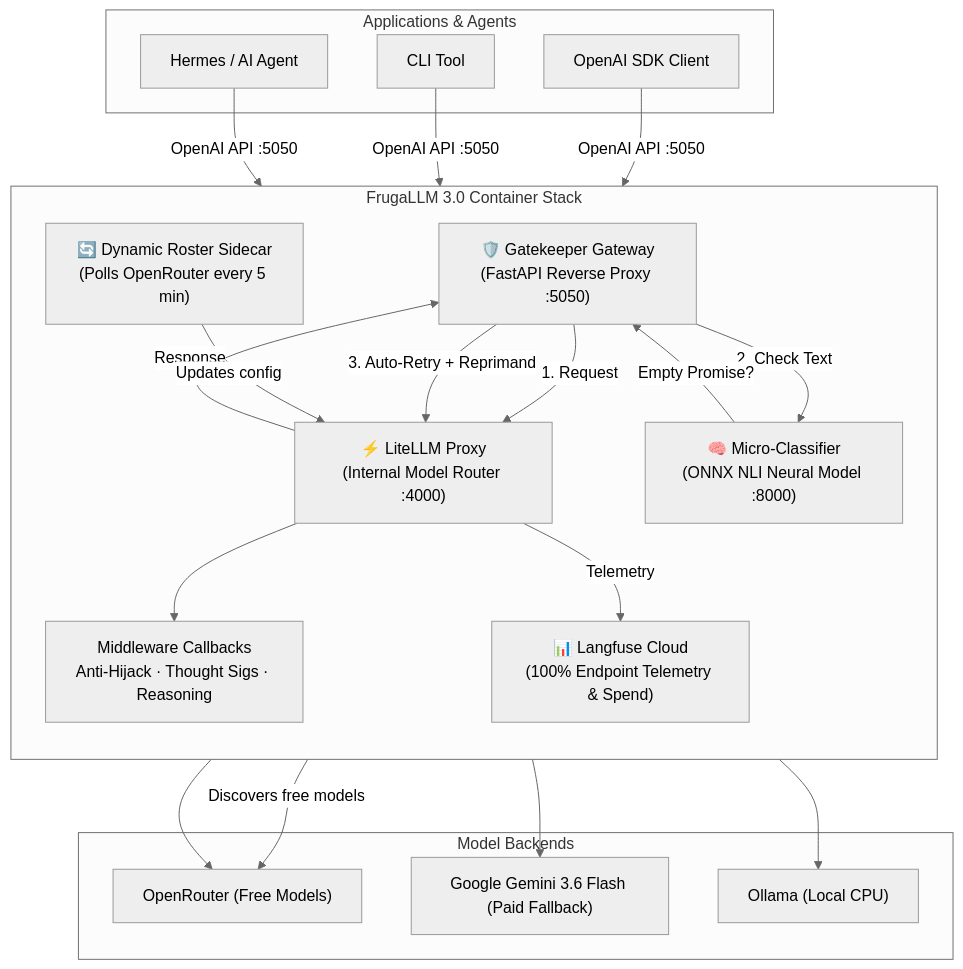
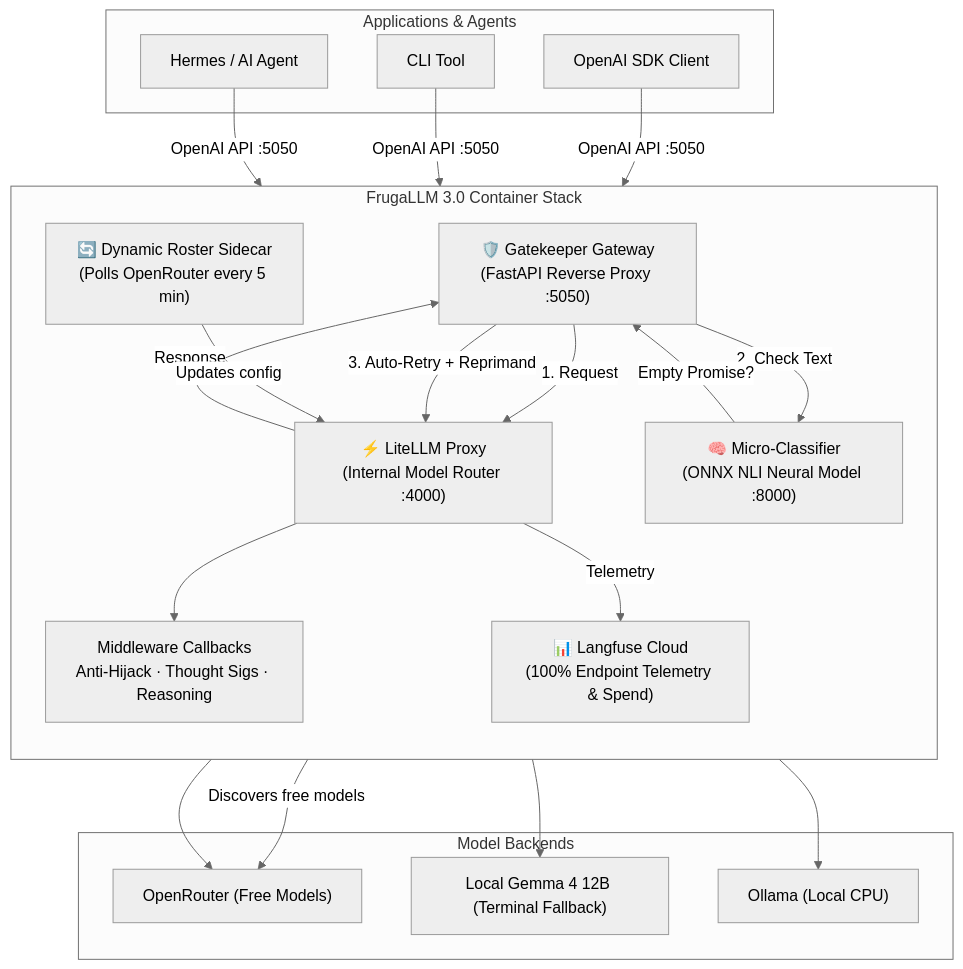
Before and after one commit to chorned/frugaLLM: the diagram in README.md, drawn with Mermaid (neutral theme). The commit also changed other lines of this file and 3 other files, not shown here.

Commit message:
docs: update terminal fallback and sync CI build

````diff
--- a/README.md
+++ b/README.md
@@ -38,35 +38,35 @@
 ```mermaid
 flowchart TB
     subgraph Clients["Applications & Agents"]
         A[Hermes / AI Agent]
         B[CLI Tool]
         C[OpenAI SDK Client]
     end
 
     subgraph FrugaLLM["FrugaLLM 3.0 Container Stack"]
         direction TB
         GK["🛡️ Gatekeeper Gateway<br/>(FastAPI Reverse Proxy :5050)"]
         CL["🧠 Micro-Classifier<br/>(ONNX NLI Neural Model :8000)"]
         LLM["⚡ LiteLLM Proxy<br/>(Internal Model Router :4000)"]
         MW["Middleware Callbacks<br/>Anti-Hijack · Thought Sigs · Reasoning"]
         SC["🔄 Dynamic Roster Sidecar<br/>(Polls OpenRouter every 5 min)"]
         LF["📊 Langfuse Cloud<br/>(100% Endpoint Telemetry & Spend)"]
     end
 
     subgraph Backends["Model Backends"]
         OR["OpenRouter (Free Models)"]
-        GEM["Google Gemini 3.6 Flash (Paid Fallback)"]
+        GEM["Local Gemma 4 12B (Terminal Fallback)"]
         OL["Ollama (Local CPU)"]
     end
 
     A & B & C -->|OpenAI API :5050| GK
     GK -->|1. Request| LLM
     LLM --> MW --> OR & GEM & OL
     LLM -->|Telemetry| LF
     LLM -->|Response| GK
     GK -->|2. Check Text| CL
     CL -->|Empty Promise?| GK
     GK -->|3. Auto-Retry + Reprimand| LLM
     SC -->|Discovers free models| OR
     SC -->|Updates config| LLM
 ```
````
